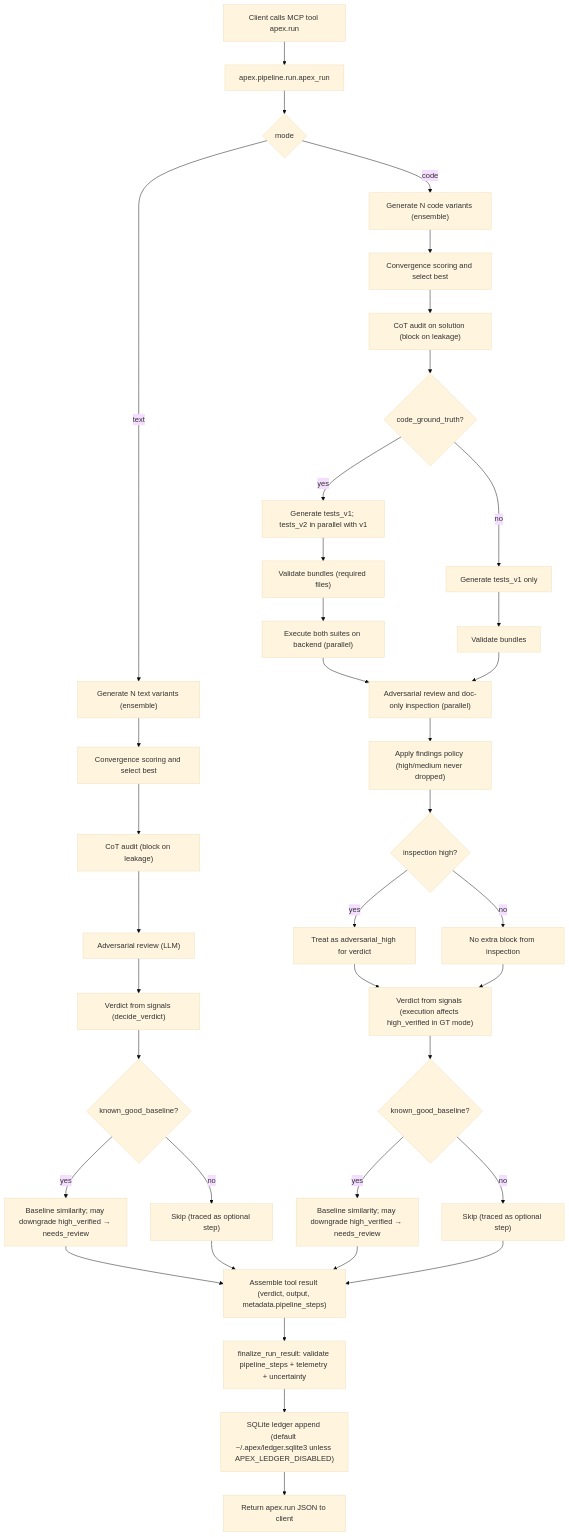
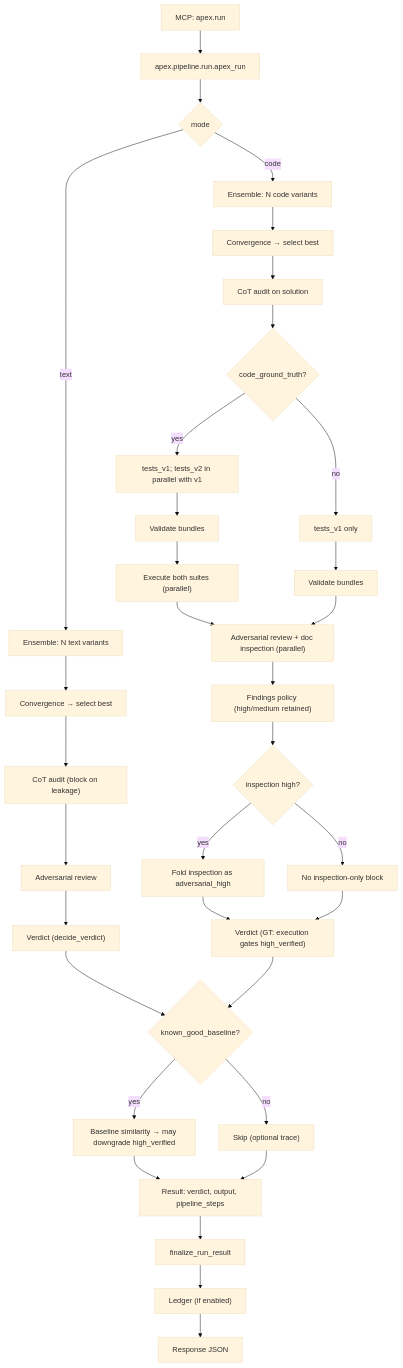
Before and after one commit to Alphabetsoup16/apex: the diagram in docs/flow.md, drawn with Mermaid (base theme). The commit also changed other lines of this file and 20 other files, not shown here.

````diff
--- a/docs/flow.md
+++ b/docs/flow.md
@@ -5,43 +5,40 @@
 ```mermaid
 flowchart TD
-  A["Client calls MCP tool apex.run"] --> B["apex.pipeline.run.apex_run"]
+  A["MCP: apex.run"] --> B["apex.pipeline.run.apex_run"]
 
   B --> C{mode}
-  C -->|text| T1["Generate N text variants (ensemble)"]
-  T1 --> T2["Convergence scoring and select best"]
+  C -->|text| T1["Ensemble: N text variants"]
+  T1 --> T2["Convergence → select best"]
   T2 --> T3["CoT audit (block on leakage)"]
-  T3 --> T4["Adversarial review (LLM)"]
-  T4 --> T8["Verdict from signals (decide_verdict)"]
-  T8 --> T5{known_good_baseline?}
-  T5 -->|yes| T6["Baseline similarity; may downgrade high_verified → needs_review"]
-  T5 -->|no| T7["Skip (traced as optional step)"]
-  T6 --> OUTA["Assemble tool result (verdict, output, metadata.pipeline_steps)"]
-  T7 --> OUTA
+  T3 --> T4["Adversarial review"]
+  T4 --> V_TEXT["Verdict (decide_verdict)"]
 
-  C -->|code| C1["Generate N code variants (ensemble)"]
-  C1 --> C2["Convergence scoring and select best"]
-  C2 --> C3["CoT audit on solution (block on leakage)"]
+  C -->|code| C1["Ensemble: N code variants"]
+  C1 --> C2["Convergence → select best"]
+  C2 --> C3["CoT audit on solution"]
   C3 --> C4{code_ground_truth?}
-  C4 -->|yes| C5["Generate tests_v1; tests_v2 in parallel with v1"]
-  C5 --> C6["Validate bundles (required files)"]
-  C6 --> C7["Execute both suites on backend (parallel)"]
-  C4 -->|no| C8["Generate tests_v1 only"]
+  C4 -->|yes| C5["tests_v1; tests_v2 in parallel with v1"]
+  C5 --> C6["Validate bundles"]
+  C6 --> C7["Execute both suites (parallel)"]
+  C4 -->|no| C8["tests_v1 only"]
   C8 --> C9["Validate bundles"]
-  C7 --> C10["Adversarial review and doc-only inspection (parallel)"]
+  C7 --> C10["Adversarial review + doc inspection (parallel)"]
   C9 --> C10
-  C10 --> C10b["Apply findings policy (high/medium never dropped)"]
+  C10 --> C10b["Findings policy (high/medium retained)"]
   C10b --> C11{inspection high?}
-  C11 -->|yes| C12["Treat as adversarial_high for verdict"]
-  C11 -->|no| C13["No extra block from inspection"]
-  C12 --> C14["Verdict from signals (execution affects high_verified in GT mode)"]
-  C13 --> C14
-  C14 --> C15{known_good_baseline?}
-  C15 -->|yes| C16["Baseline similarity; may downgrade high_verified → needs_review"]
-  C15 -->|no| C17["Skip (traced as optional step)"]
-  C16 --> OUTA
-  C17 --> OUTA
+  C11 -->|yes| C12["Fold inspection as adversarial_high"]
+  C11 -->|no| C13["No inspection-only block"]
+  C12 --> V_CODE["Verdict (GT: execution gates high_verified)"]
+  C13 --> V_CODE
 
-  OUTA --> FIN["finalize_run_result: validate pipeline_steps + telemetry + uncertainty"]
-  FIN --> LED["SQLite ledger append (default ~/.apex/ledger.sqlite3 unless APEX_LEDGER_DISABLED)"]
-  LED --> RET["Return apex.run JSON to client"]
+  V_TEXT --> BL{known_good_baseline?}
+  V_CODE --> BL
+  BL -->|yes| BL_CMP["Baseline similarity → may downgrade high_verified"]
+  BL -->|no| BL_SKIP["Skip (optional trace)"]
+  BL_CMP --> OUTA["Result: verdict, output, pipeline_steps"]
+  BL_SKIP --> OUTA
+
+  OUTA --> FIN["finalize_run_result"]
+  FIN --> LED["Ledger (if enabled)"]
+  LED --> RET["Response JSON"]
 ```
````
